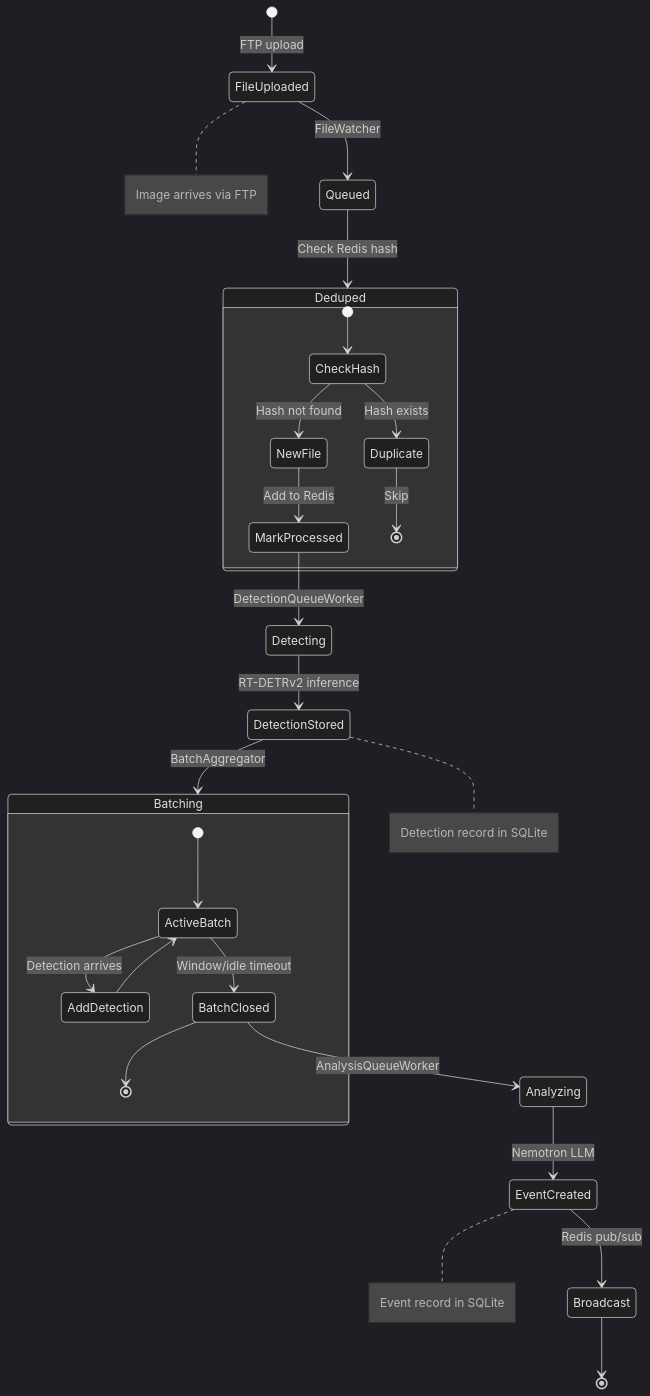
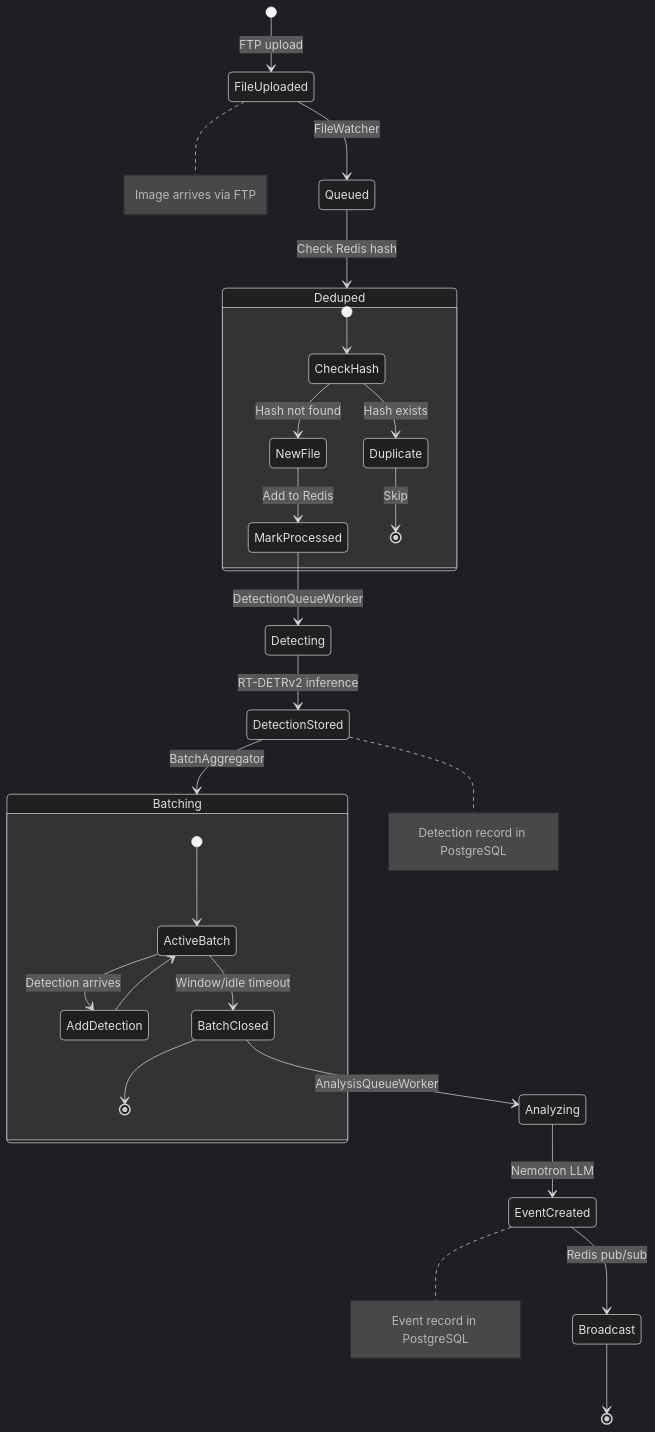
One commit to mikesvoboda/nemotron-v3-home-security-intelligence changed the third of 4 diagrams in docs/architecture/data-model.md. Above: the diagram before and after it, drawn with Mermaid (dark theme). The commit also changed other lines of this file and 9 other files, not shown here.

First line of the commit message:
docs: replace SQLite references with PostgreSQL throughout documentation (#52)

````diff
--- a/docs/architecture/data-model.md
+++ b/docs/architecture/data-model.md
@@ -532,36 +532,36 @@
 ```mermaid
 stateDiagram-v2
     [*] --> FileUploaded: FTP upload
 
     FileUploaded --> Queued: FileWatcher
     Queued --> Deduped: Check Redis hash
 
     state Deduped {
         [*] --> CheckHash
         CheckHash --> Duplicate: Hash exists
         CheckHash --> NewFile: Hash not found
         NewFile --> MarkProcessed: Add to Redis
         Duplicate --> [*]: Skip
     }
 
     MarkProcessed --> Detecting: DetectionQueueWorker
     Detecting --> DetectionStored: RT-DETRv2 inference
     DetectionStored --> Batching: BatchAggregator
 
     state Batching {
         [*] --> ActiveBatch
         ActiveBatch --> AddDetection: Detection arrives
         AddDetection --> ActiveBatch
         ActiveBatch --> BatchClosed: Window/idle timeout
         BatchClosed --> [*]
     }
 
     BatchClosed --> Analyzing: AnalysisQueueWorker
     Analyzing --> EventCreated: Nemotron LLM
     EventCreated --> Broadcast: Redis pub/sub
     Broadcast --> [*]
 
     note right of FileUploaded: Image arrives via FTP
-    note right of DetectionStored: Detection record in SQLite
-    note right of EventCreated: Event record in SQLite
+    note right of DetectionStored: Detection record in PostgreSQL
+    note right of EventCreated: Event record in PostgreSQL
 ```
````
